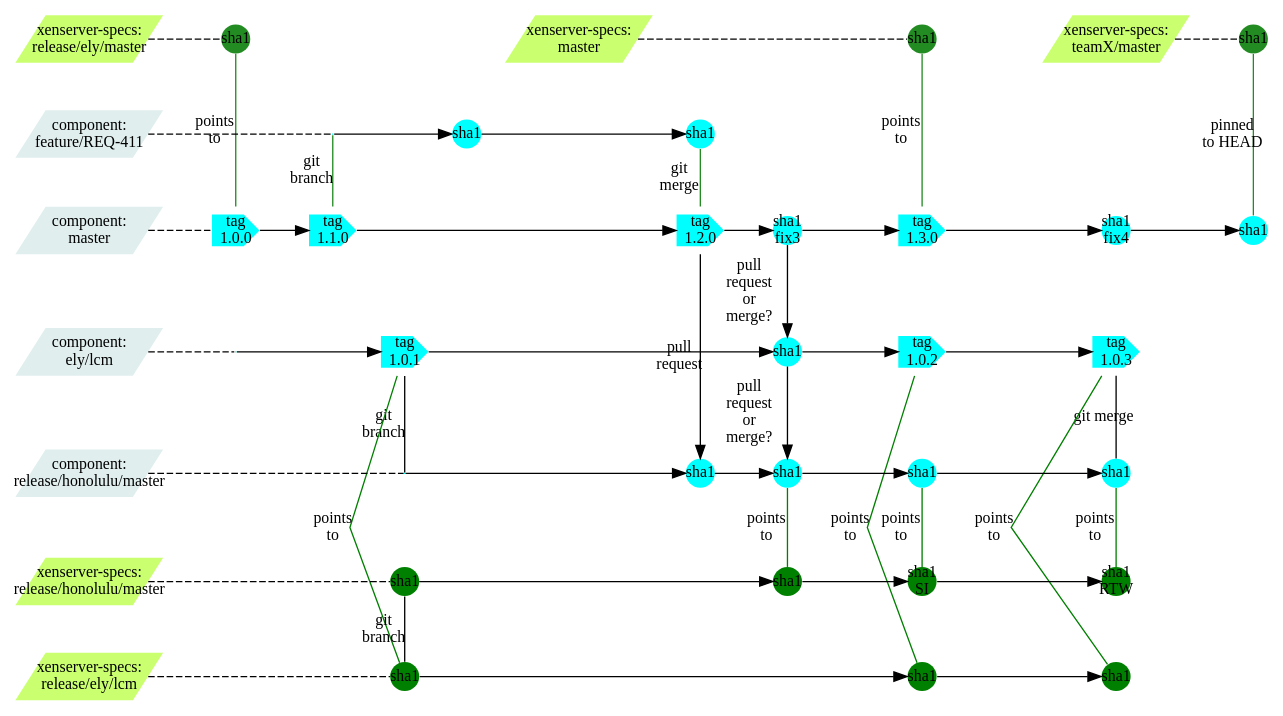
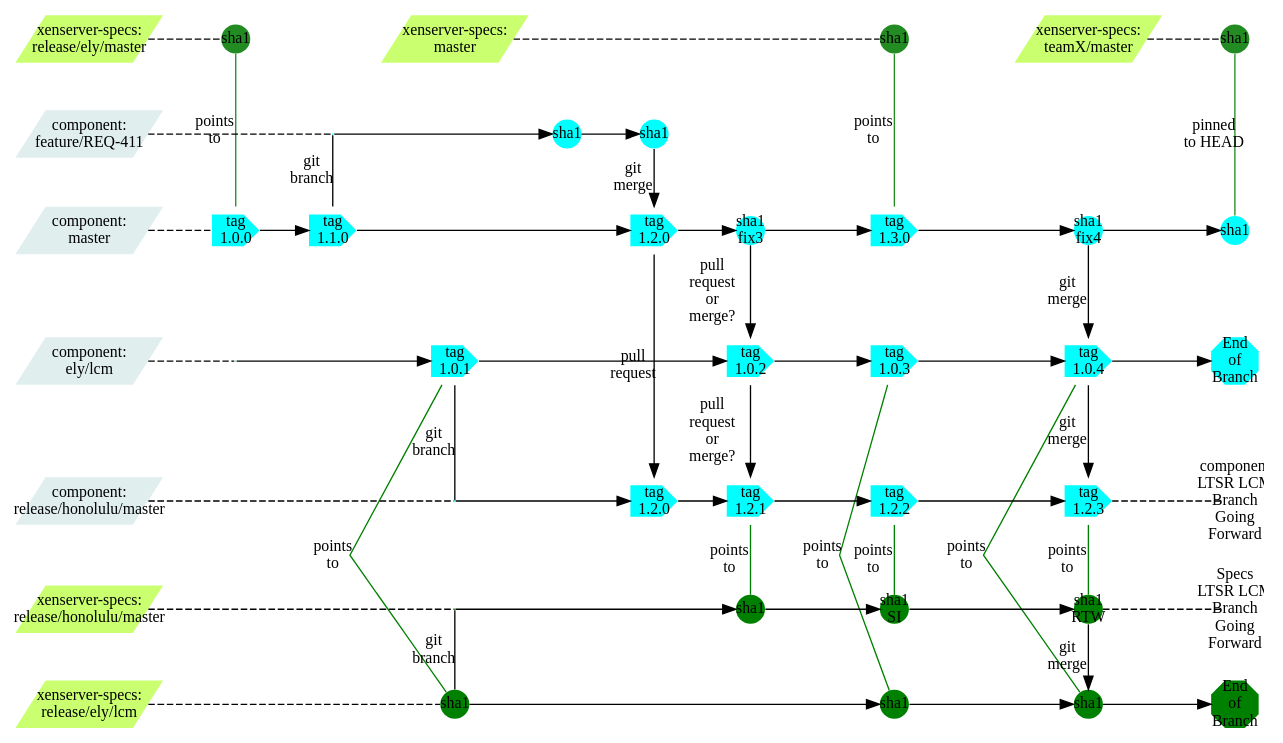
The diagram in XformerCUBranching.dot (philippegabriel/XFormerBranchGraph), drawn with Graphviz before and after one commit.

Commit message:
Added review comments

```diff
--- a/XformerCUBranching.dot
+++ b/XformerCUBranching.dot
@@ -1,119 +1,127 @@
 strict digraph g{
 rankdir="LR";
 //nodesep=0.5;
 //ranksep=0.25;
 splines=line;
 forcelabels=false;
 
 // general
 node [style=filled, color="black", fontcolor="black", font="Consolas", fontsize="12pt",fixedsize=false,penwidth=0];
 edge [style=filled, color="black", fontcolor="black", font="Consolas", fontsize="12pt"];
 
 // tags
 //node [shape=circle,width=0, height=0, margin="0.05"];
 node [width=0.3, height=0.3, fixedsize=true, shape=circle,penwidth=0]
 node [fillcolor=forestgreen];
 xsm1 [label="sha1"];
 xstx [label="sha1"];
 xsre [label="sha1"];
 node [fillcolor="cyan"];
 cma1 [shape=cds,width=0.5, height=0.5,label="tag\n1.0.0"];
 //node [width=0.3, height=0.3, fixedsize=true, shape=circle,penwidth=0]
 //cma2 [label="sha1\nfix1"];
 //cma3 [label="sha1\nfix2"];
 cma4 [shape=cds,width=0.5, height=0.5,label="tag\n1.1.0"];
 cma5 [shape=cds,width=0.5, height=0.5,label="tag\n1.2.0"];
 cma6 [label="sha1\nfix3"];
 cma7 [shape=cds,width=0.5, height=0.5,label="tag\n1.3.0"];
 cma8 [label="sha1\nfix4"];
 cma9 [label="sha1"];
 clcm1 [width=0, height=0,shape=none,label=""];
 //clcm1a [label="sha1"];
 //clcm1b [label="sha1"];
 clcm2 [shape=cds,width=0.5, height=0.5,label="tag\n1.0.1"];
-clcm2a [label="sha1"];
 clcm3 [shape=cds,width=0.5, height=0.5,label="tag\n1.0.2"];
 clcm4 [shape=cds,width=0.5, height=0.5,label="tag\n1.0.3"];
+clcm5 [shape=cds,width=0.5, height=0.5,label="tag\n1.0.4"];
+clcm6 [shape=octagon,width=0.5, height=0.5,label="End\nof\nBranch"];
 cf1 [width=0, height=0,shape=none,label=""];
 cf2 [label="sha1"];
 cf3 [label="sha1"];
 ch1 [width=0, height=0,shape=none,label=""];
-ch2 [label="sha1"];
-ch3 [label="sha1"];
-ch4 [label="sha1"];
-ch5 [label="sha1"];
+ch2 [shape=cds,width=0.5, height=0.5,label="tag\n1.2.0"];
+ch3 [shape=cds,width=0.5, height=0.5,label="tag\n1.2.1"];
+ch4 [shape=cds,width=0.5, height=0.5,label="tag\n1.2.2"];
+ch5 [shape=cds,width=0.5, height=0.5,label="tag\n1.2.3"];
+ch6 [shape=plaintext,fillcolor=none,label="component\nLTSR LCM\nBranch\nGoing\nForward"];
 node [fillcolor="green"];
 node [shape=circle];
-xsh0 [label="sha1"];
+xsh0 [width=0, height=0,shape=none,label=""];
 xsh1 [label="sha1"];
 xsh2 [label="sha1\nSI"];
 xsh3 [label="sha1\nRTW"];
+xsh4 [shape=plaintext,fillcolor=none,label="Specs\nLTSR LCM\nBranch\nGoing\nForward"];
 xlcm0 [label="sha1"];
 xlcm1 [label="sha1"];
 xlcm2 [label="sha1"];
+xlcm3 [shape=octagon,width=0.5, height=0.5,label="End\nof\nBranch"];
 // branch names
 node [width=1.5, height=0.5,shape=parallelogram,penwidth=0]
 //node [color="#b0b0b0", style=dashed, arrowhead=none,fixedsize=false, penwidth=0, fillcolor=none, shape=none, width=0, height=0, margin="0.05"];
 XenserverSpecsTeamX[label="xenserver-specs:\nteamX/master",fillcolor="darkolivegreen1"];
 XenserverSpecsRelEly[label="xenserver-specs:\nrelease/ely/master",fillcolor="darkolivegreen1"];
 XenserverSpecsMaster[label="xenserver-specs:\nmaster",fillcolor="darkolivegreen1"];
 ComponentFeat[label="component:\nfeature/REQ-411",fillcolor="azure2"];
 ComponentMaster[label="component:\nmaster",fillcolor="azure2"];
 ComponentLCM[label="component:\nely/lcm",fillcolor="azure2"];
 ComponentHonolulu[label="component:\nrelease/honolulu/master",fillcolor="azure2"];
 XSSpecsHonolulu[label="xenserver-specs:\nrelease/honolulu/master",fillcolor="darkolivegreen1"];
 XSSpecsLCM[label="xenserver-specs:\nrelease/ely/lcm",fillcolor="darkolivegreen1"];
 
 //graph
 subgraph{
 node [color="#b0b0b0", style=dashed, arrowhead=none];
 edge [style="invis"];
 rank=same;
 XenserverSpecsRelEly -> ComponentFeat -> ComponentMaster -> ComponentLCM -> ComponentHonolulu -> XSSpecsHonolulu  -> XSSpecsLCM;
 }
 //edge [color="#b0b0b0", style=dashed, arrowhead=none ];
 edge [style=dashed, arrowhead=none ,weight=100];
 XenserverSpecsRelEly -> xsre;
 xsre -> XenserverSpecsMaster [style="invis"];
 XenserverSpecsMaster -> xsm1;
 xsm1 -> XenserverSpecsTeamX [style="invis"];
 XenserverSpecsTeamX -> xstx;
 ComponentFeat -> cf1;
 ComponentMaster -> cma1;
 ComponentLCM -> clcm1;
 XSSpecsHonolulu -> xsh0;
 XSSpecsLCM -> xlcm0;
 ComponentHonolulu -> ch1;
 edge [style=filled, arrowhead=normal];
 cf1 -> cf2 -> cf3;
 cma1 -> cma4 -> cma5 -> cma6 -> cma7 -> cma8 -> cma9;
-clcm1 -> clcm2 -> clcm2a -> clcm3 -> clcm4;
-ch1 -> ch2 -> ch3 -> ch4 -> ch5;
+clcm1 -> clcm2 -> clcm3 -> clcm4 -> clcm5 -> clcm6;
+ch1 -> ch2 -> ch3 -> ch4 -> ch5 ->ch6;
+ch5 ->ch6 [style=dashed, arrowhead=none];
 xsh0 -> xsh1 -> xsh2 -> xsh3;
-xlcm0 -> xlcm1 -> xlcm2;
+xsh3 -> xsh4 [style=dashed, arrowhead=none];
+xlcm0 -> xlcm1 -> xlcm2 ->xlcm3;
 //Xenserver specs - master, release pointers
 edge [style=filled, arrowhead=none , weight=1;label="points\nto",color=forestgreen];
 subgraph{rank=same;xsre -> cma1;}
 subgraph{rank=same;xsm1 -> cma7;}
 subgraph{rank=same;xstx -> cma9 [label="pinned\nto HEAD"];}
 
 //Pull requests
-subgraph{rank=same;cf1 -> cma4 [arrowhead=none,label="git\nbranch"];}
-subgraph{rank=same;cf3 -> cma5 [label="git\nmerge"];}
+subgraph{rank=same;cf1 -> cma4 [color=black,arrowhead=none,label="git\nbranch"];}
+subgraph{rank=same;cf3 -> cma5 [color=black,arrowhead=normal,label="git\nmerge"];}
 edge [style=filled, arrowhead=normal,color=black];
 subgraph{rank=same;
-cma6 -> clcm2a [label="pull\nrequest\nor\nmerge?"];
-clcm2a -> ch3 [label="pull\nrequest\nor\nmerge?"];}
+cma6 -> clcm3 [label="pull\nrequest\nor\nmerge?"];
+clcm3 -> ch3 [label="pull\nrequest\nor\nmerge?"];}
 subgraph{rank=same;clcm2 -> ch1 [arrowhead=none,label="git\nbranch"];}
 subgraph{rank=same;xsh0 -> xlcm0  [arrowhead=none,label="git\nbranch"];}
 subgraph{rank=same;ch3 -> xsh1 [arrowhead=none ,label="points\nto",color=green];}
 subgraph{rank=same;ch4 -> xsh2 [arrowhead=none ,label="points\nto",color=green];}
 subgraph{
 rank=same;
+cma8 -> clcm5 [arrowhead=normal,label="git\nmerge"];
+clcm5 -> ch5 [arrowhead=normal,label="git\nmerge"];
 ch5 -> xsh3 [arrowhead=none ,label="points\nto",color=green];
-clcm4 -> ch5 [arrowhead=none ,label="git merge"];}
+xsh3 -> xlcm2 [label="git\nmerge"];}
 subgraph{rank=same;cma5 -> ch2 [label="pull\nrequest"];}
 subgraph{rank=same;clcm2 -> xlcm0 [arrowhead=none ,label="points\nto",color=green];}
-subgraph{rank=same;clcm3 -> xlcm1 [arrowhead=none ,label="points\nto",color=green];}
-subgraph{rank=same;clcm4 -> xlcm2 [arrowhead=none ,label="points\nto",color=green];}
+subgraph{rank=same;clcm4 -> xlcm1 [arrowhead=none ,label="points\nto",color=green];}
+subgraph{rank=same;clcm5 -> xlcm2 [arrowhead=none ,label="points\nto",color=green];}
 }
```
